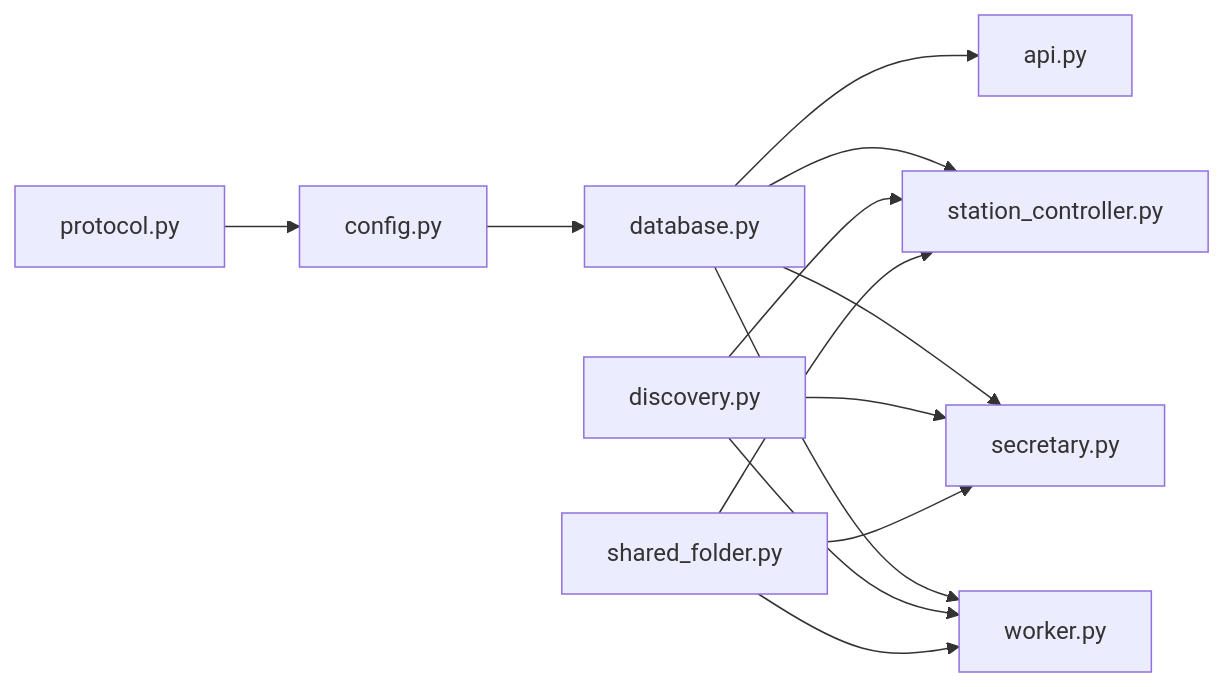
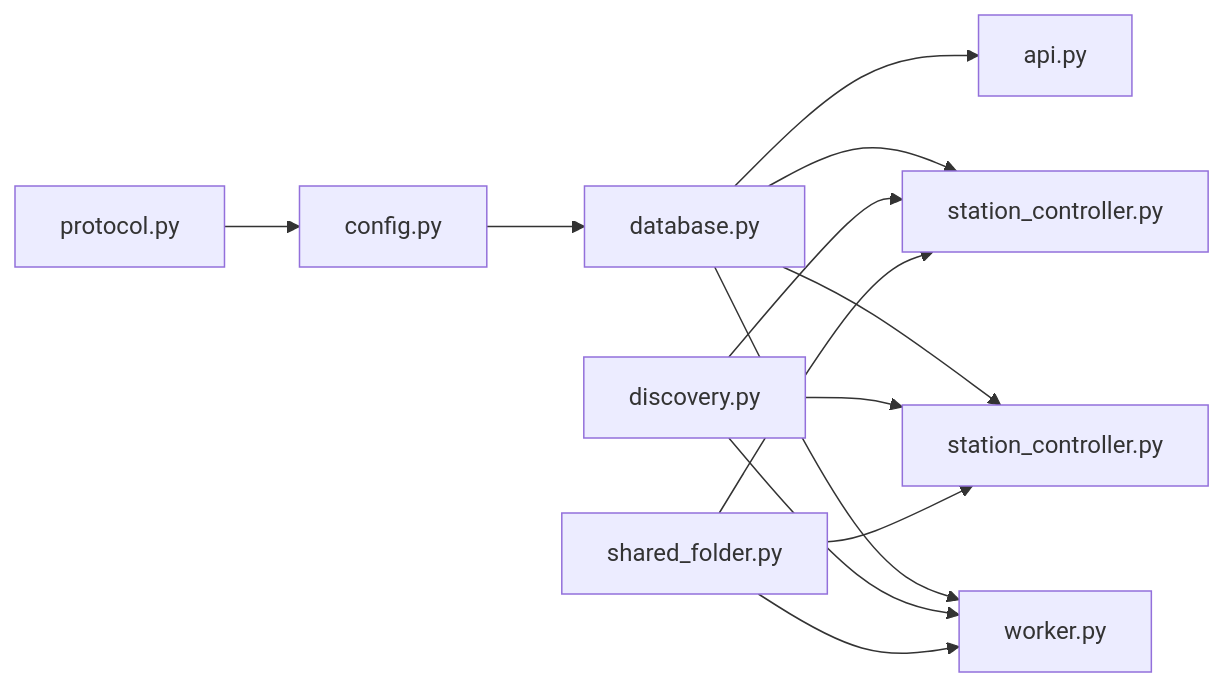
Before and after one commit to targalian/Personal-distributed-workstation: diagram 14 of 14 in .qoder/repowiki/zh/content/开发者指南/代码审查指南.md, drawn with Mermaid. The commit also changed other lines of this file and 63 other files, not shown here.

Commit message:
docs(station): 同步 repo wiki 至 station_controller/station_api 架构

````diff
--- a/.qoder/repowiki/zh/content/开发者指南/代码审查指南.md
+++ b/.qoder/repowiki/zh/content/开发者指南/代码审查指南.md
@@ -604,15 +604,15 @@
 ```mermaid
 graph LR
 PROTO["protocol.py"] --> CONF["config.py"]
 CONF --> DB["database.py"]
 DB --> API["api.py"]
 DB --> STATION["station_controller.py"]
-DB --> SECRETARY["secretary.py"]
+DB --> SECRETARY["station_controller.py"]
 DB --> WORKER["worker.py"]
 DISC["discovery.py"] --> STATION
 DISC --> SECRETARY
 DISC --> WORKER
 SHF["shared_folder.py"] --> WORKER
 SHF --> SECRETARY
 SHF --> STATION
 ```
````
